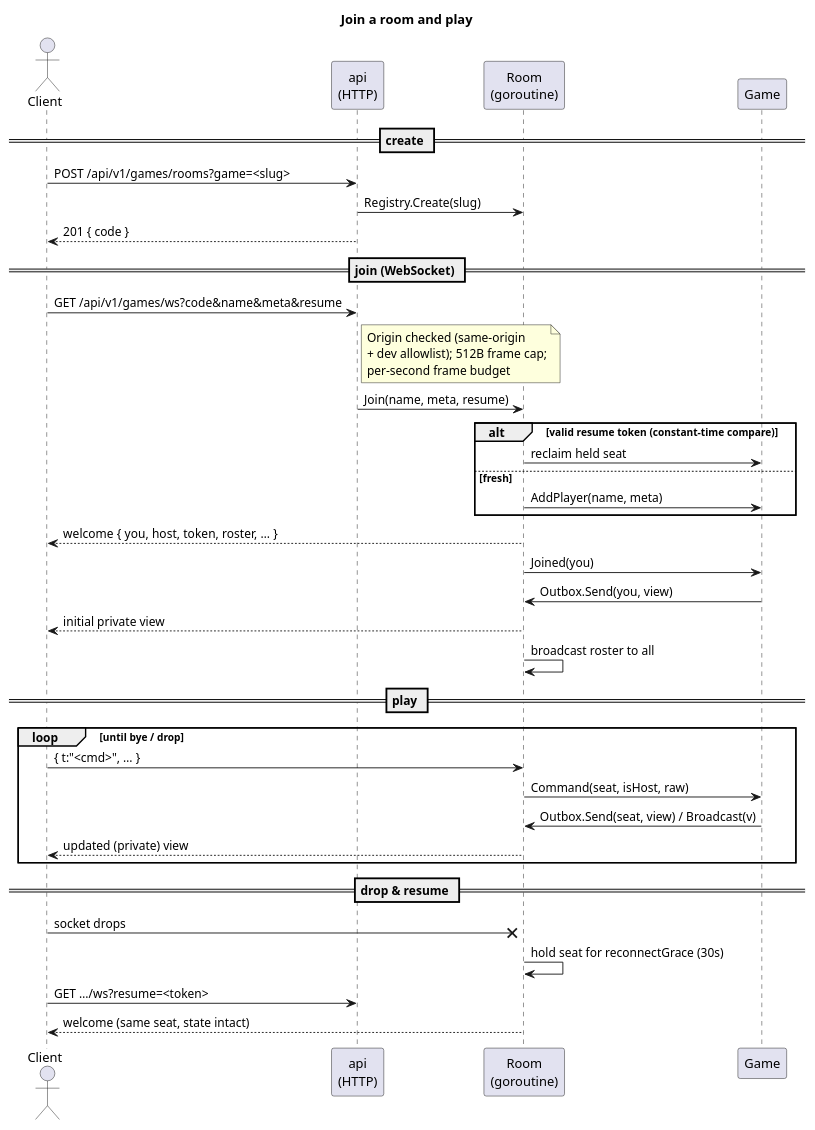
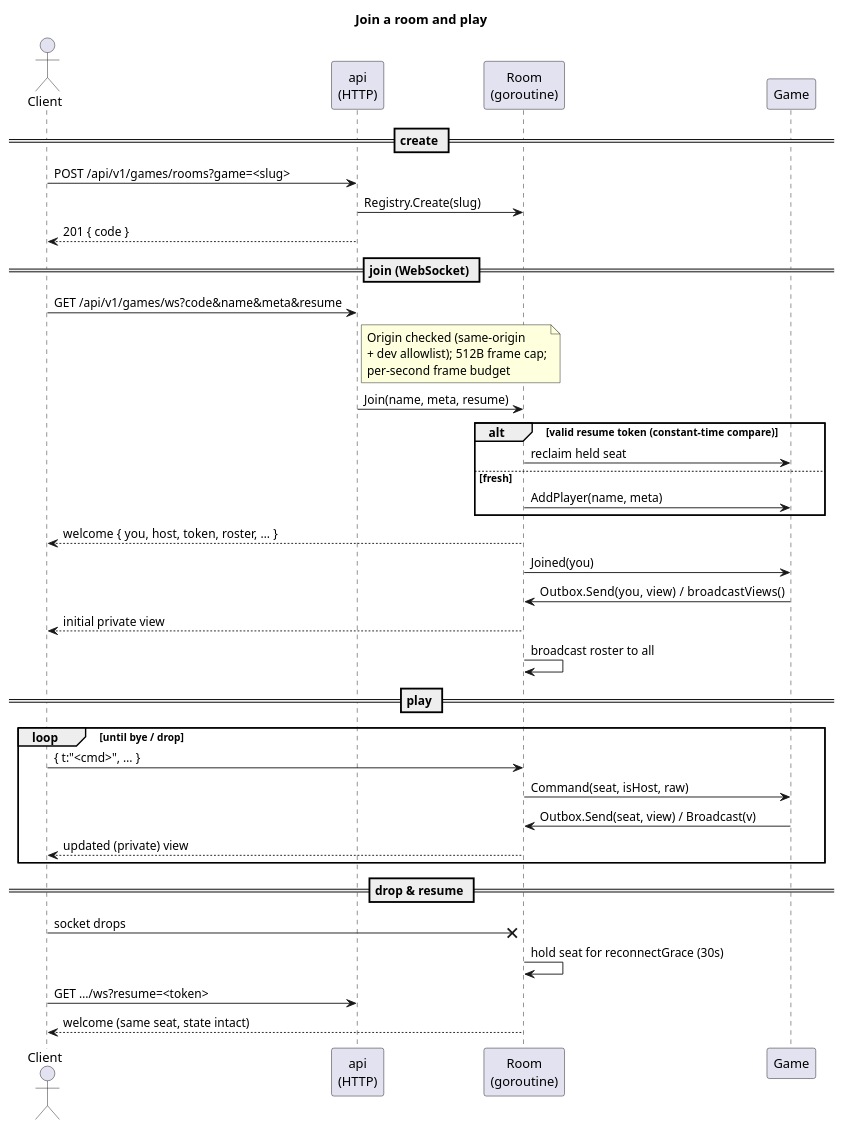
The fourth of 5 diagrams in docs/games-architecture.md (Niklasvdm/TotemAppIT), drawn with PlantUML before and after one commit. The commit also changed other lines of this file and 28 other files, not shown here.

````diff
--- a/docs/games-architecture.md
+++ b/docs/games-architecture.md
@@ -191,44 +335,44 @@
 ```plantuml
 @startuml ws-sequence
 title Join a room and play
 skinparam shadowing false
 actor Client
 participant "api\n(HTTP)" as API
 participant "Room\n(goroutine)" as Room
 participant "Game" as Game
 
 == create ==
 Client -> API : POST /api/v1/games/rooms?game=<slug>
 API -> Room : Registry.Create(slug)
 API --> Client : 201 { code }
 
 == join (WebSocket) ==
 Client -> API : GET /api/v1/games/ws?code&name&meta&resume
 note right of API : Origin checked (same-origin\n+ dev allowlist); 512B frame cap;\nper-second frame budget
 API -> Room : Join(name, meta, resume)
 alt valid resume token (constant-time compare)
   Room -> Game : reclaim held seat
 else fresh
   Room -> Game : AddPlayer(name, meta)
 end
 Room --> Client : welcome { you, host, token, roster, … }
 Room -> Game : Joined(you)
-Game -> Room : Outbox.Send(you, view)
+Game -> Room : Outbox.Send(you, view)  /  broadcastViews()
 Room --> Client : initial private view
 Room -> Room : broadcast roster to all
 
 == play ==
 loop until bye / drop
   Client -> Room : { t:"<cmd>", … }
   Room -> Game : Command(seat, isHost, raw)
   Game -> Room : Outbox.Send(seat, view) / Broadcast(v)
   Room --> Client : updated (private) view
 end
 
 == drop & resume ==
 Client -x Room : socket drops
 Room -> Room : hold seat for reconnectGrace (30s)
 Client -> API : GET …/ws?resume=<token>
 Room --> Client : welcome (same seat, state intact)
 @enduml
 ```
````
